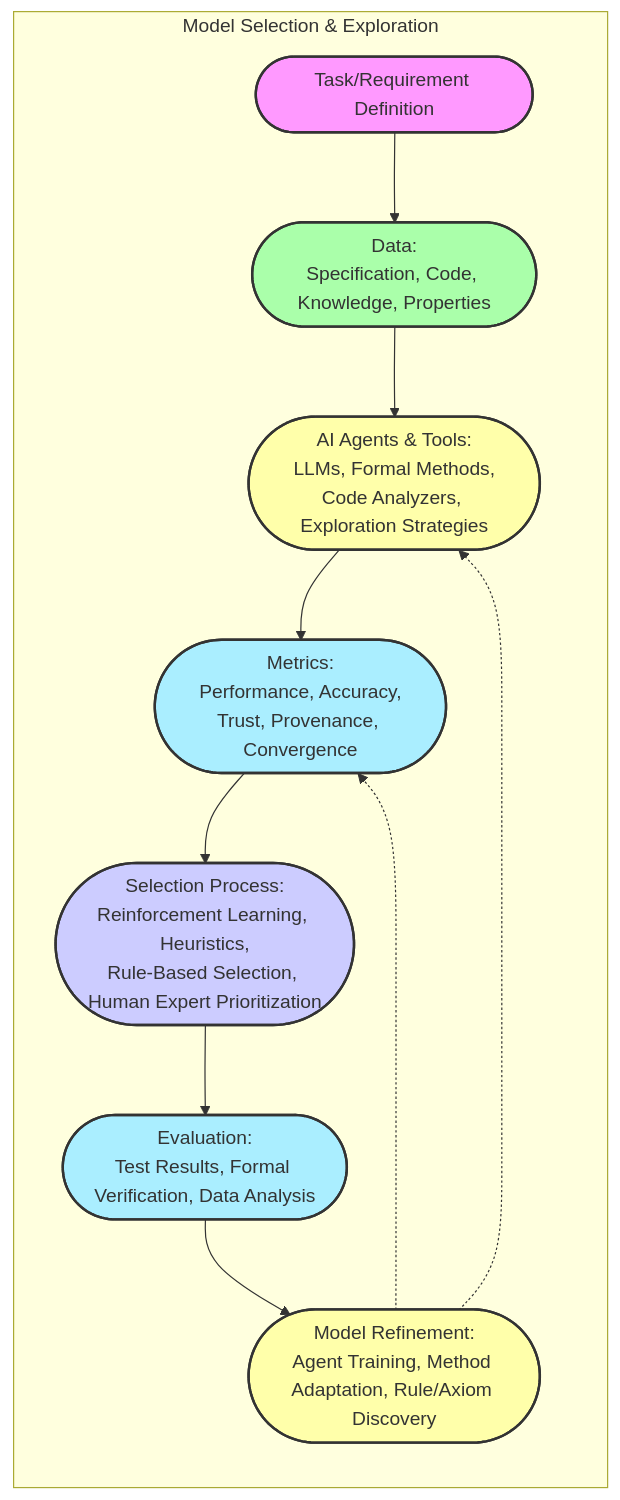
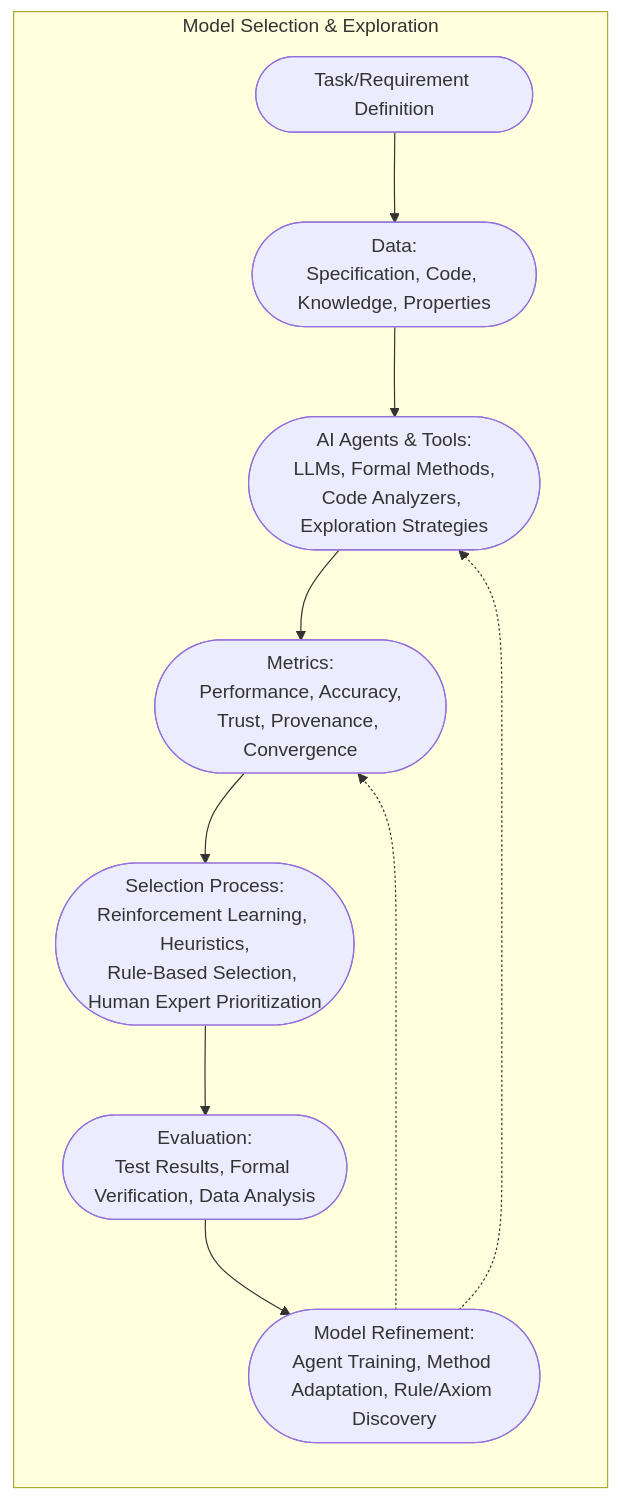
Before and after one commit to nshkrdotcom/EADS: the third of 4 diagrams in docs/EADS-20241211-2.md, drawn with Mermaid. The commit also changed other lines of this file and 1 other file, not shown here.

````diff
--- a/docs/EADS-20241211-2.md
+++ b/docs/EADS-20241211-2.md
@@ -188,35 +170,28 @@
 ```mermaid
 graph TD
     subgraph EADS["Model Selection & Exploration"]
         direction TB
 
         Task([Task/Requirement Definition])
-        style Task fill:#f9f,stroke:#333,stroke-width:2px
 
         Data([Data:<br>Specification, Code, Knowledge, Properties])
-        style Data fill:#afa,stroke:#333,stroke-width:2px
         Agent([AI Agents & Tools:<br>LLMs, Formal Methods,<br>Code Analyzers, Exploration Strategies])
-        style Agent fill:#ffa,stroke:#333,stroke-width:2px
         Metrics([Metrics:<br>Performance, Accuracy,<br>Trust, Provenance, Convergence])
-        style Metrics fill:#aef,stroke:#333,stroke-width:2px
 
         SelectionProcess([Selection Process:<br>Reinforcement Learning, Heuristics,<br>Rule-Based Selection, Human Expert Prioritization])
-        style SelectionProcess fill:#ccf,stroke:#333,stroke-width:2px
 
         Evaluation([Evaluation:<br>Test Results, Formal Verification, Data Analysis])
-        style Evaluation fill:#aef,stroke:#333,stroke-width:2px
 
         Refinement([Model Refinement:<br>Agent Training, Method Adaptation, Rule/Axiom Discovery])
-        style Refinement fill:#ffa,stroke:#333,stroke-width:2px
 
         Task --> Data
         Data --> Agent
         Agent --> Metrics
         Metrics --> SelectionProcess
         SelectionProcess --> Evaluation
 
         Evaluation --> Refinement
         Refinement -.-> Agent
         Refinement -.-> Metrics
     end
 ```
````
